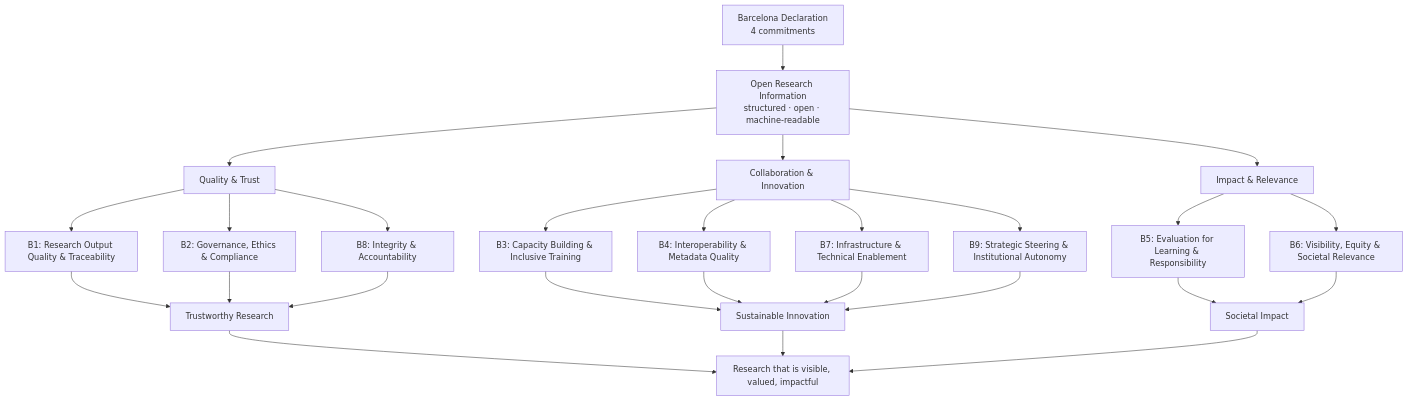
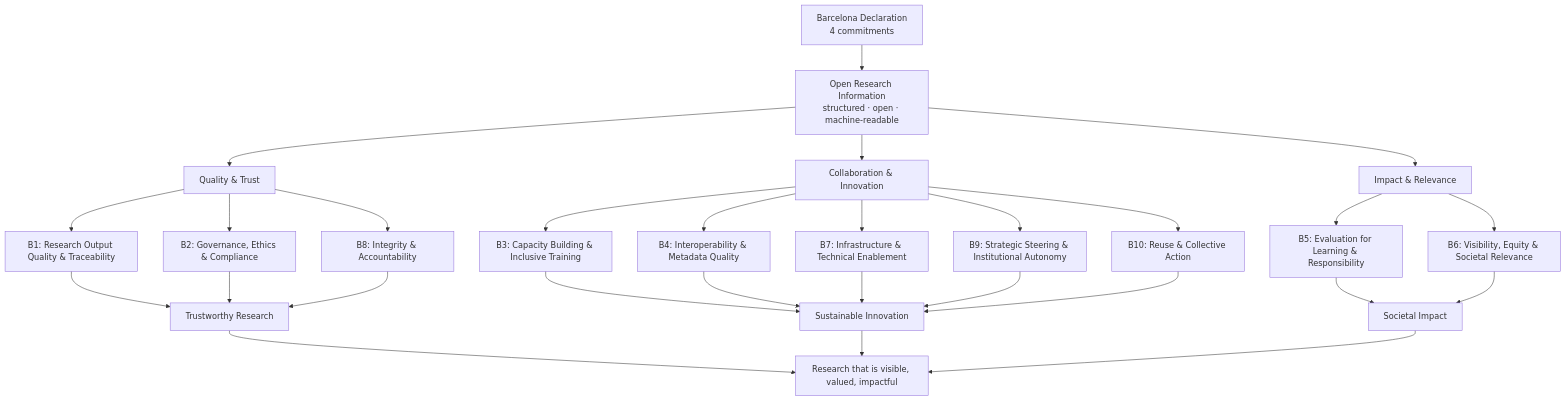
One commit to rijdho/barcelona-wg7-tf2 changed the diagram in deliverables/Benefits_map.md. Above: the diagram before and after it, drawn with Mermaid. The commit also changed other lines of this file and 22 other files, not shown here.

First line of the commit message:
Brief v0.3: add B10 Reuse & Collective Action, name the two parts of B9, narrow B7

````diff
--- a/deliverables/Benefits_map.md
+++ b/deliverables/Benefits_map.md
@@ -6,34 +6,36 @@
 ```mermaid
 flowchart TB
-  accTitle: The nine benefits of open research information
-  accDescr: The Barcelona Declaration commitments unlock Open Research Information, which delivers nine benefits in three axes; the benefits flow into trustworthy research, sustainable innovation, and societal impact, leading to research that is visible, valued, and impactful.
+  accTitle: The ten benefits of open research information
+  accDescr: The Barcelona Declaration commitments unlock Open Research Information, which delivers ten benefits in three axes; the benefits flow into trustworthy research, sustainable innovation, and societal impact, leading to research that is visible, valued, and impactful.
   START["Barcelona Declaration<br/>4 commitments"] --> ORI["Open Research Information<br/>structured · open · machine-readable"]
   ORI --> A1["Quality & Trust"]
   ORI --> A2["Collaboration & Innovation"]
   ORI --> A3["Impact & Relevance"]
   A1 --> B1["B1: Research Output Quality & Traceability"]
   A1 --> B2["B2: Governance, Ethics & Compliance"]
   A1 --> B8["B8: Integrity & Accountability"]
   A2 --> B3["B3: Capacity Building & Inclusive Training"]
   A2 --> B4["B4: Interoperability & Metadata Quality"]
   A2 --> B7["B7: Infrastructure & Technical Enablement"]
   A2 --> B9["B9: Strategic Steering & Institutional Autonomy"]
+  A2 --> B10["B10: Reuse & Collective Action"]
   A3 --> B5["B5: Evaluation for Learning & Responsibility"]
   A3 --> B6["B6: Visibility, Equity & Societal Relevance"]
   O1["Trustworthy Research"]
   B1 --> O1
   B2 --> O1
   B8 --> O1
   O2["Sustainable Innovation"]
   B3 --> O2
   B4 --> O2
   B7 --> O2
   B9 --> O2
+  B10 --> O2
   O3["Societal Impact"]
   B5 --> O3
   B6 --> O3
   VISION["Research that is visible, valued, impactful"]
   O1 --> VISION
   O2 --> VISION
   O3 --> VISION
 ```
````
